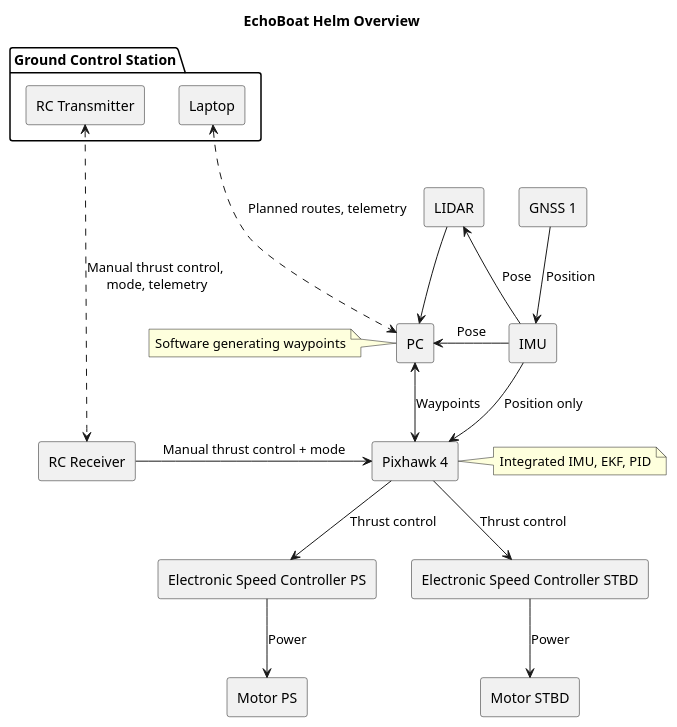
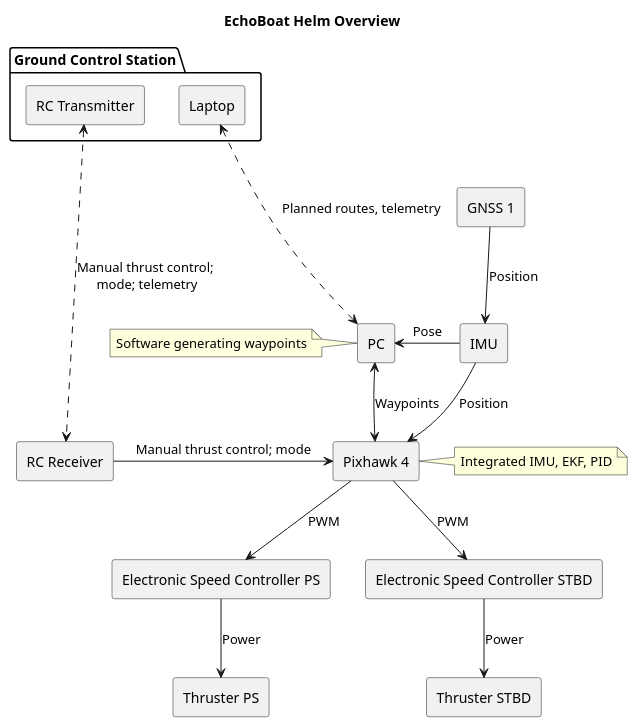
The diagram in schemes/overview/overview_helm.plantuml (MalteBiermann/EchoBoat), drawn with PlantUML before and after one commit.

Commit message:
minor fixes

```diff
--- a/schemes/overview/overview_helm.plantuml
+++ b/schemes/overview/overview_helm.plantuml
@@ -1,56 +1,56 @@
 @startuml
 title "EchoBoat Helm Overview"
 skinparam componentStyle rectangle
 ' skinparam monochrome true
 ' skinparam linetype ortho
 
 component "Pixhawk 4" as PH
 component "PC"
 
-component "LIDAR"
+' component "LIDAR"
 
 together {
 together {
     component "GNSS 1" as GNSS1
 }
 component "IMU"
 }
 
 component "Electronic Speed Controller PS" as ESCps
 component "Electronic Speed Controller STBD" as ESCstbd
 component "RC Receiver" as RCrec
 
 package "Ground Control Station"{
     component "RC Transmitter" as RC
     component "Laptop"
 }
 
-component "Motor PS" as Mps
-component "Motor STBD" as Mstbd
+component "Thruster PS" as Mps
+component "Thruster STBD" as Mstbd
 
-RC <..down..> RCrec : Manual thrust control,\n mode, telemetry
-RCrec -> PH : Manual thrust control + mode
+RC <..down..> RCrec : Manual thrust control;\n mode; telemetry
+RCrec -> PH : Manual thrust control; mode
 
 Laptop <.> PC : Planned routes, telemetry
 
 note right of PH : Integrated IMU, EKF, PID
 
 PH <-up-> PC : Waypoints
 
 note left of PC : Software generating waypoints
 
 GNSS1 --> IMU : Position
-IMU -> PH : Position only
+IMU -> PH : Position
 IMU -> PC : Pose
-IMU -up-> LIDAR : Pose
-LIDAR -down-> PC
+' IMU -up-> LIDAR : Pose
+' LIDAR -down-> PC
 
-PH -down-> ESCps : Thrust control
-PH -down-> ESCstbd : Thrust control
+PH -down-> ESCps : PWM
+PH -down-> ESCstbd : PWM
 
 
 ESCps -down-> Mps : Power
 ESCstbd -down-> Mstbd : Power
 
 ' hide @unlinked
 @enduml
```
